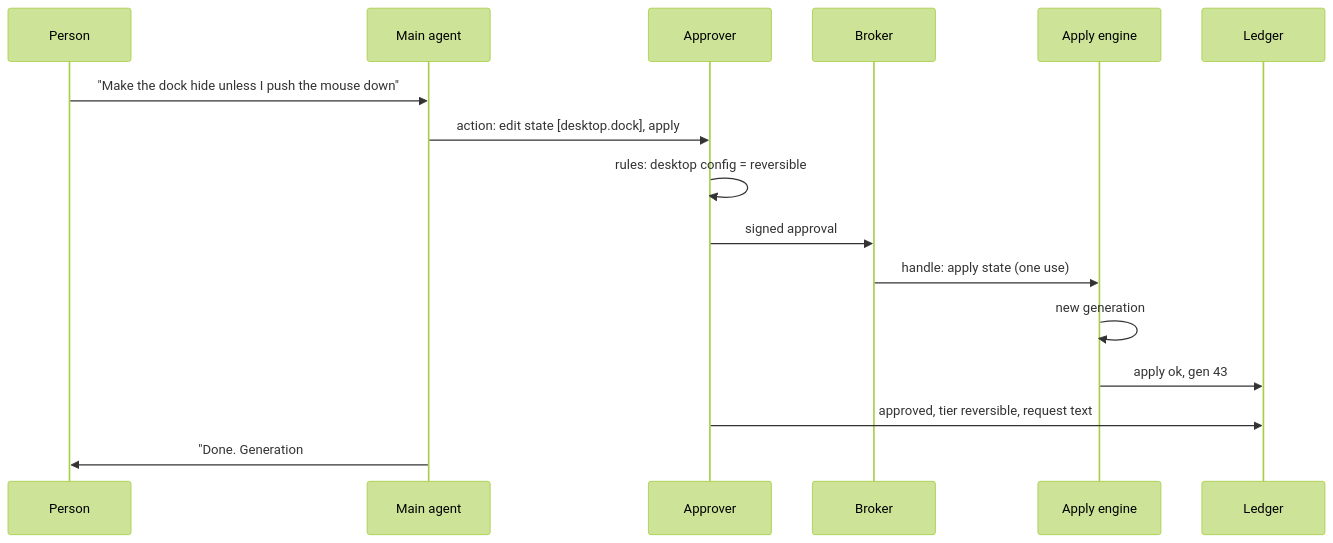
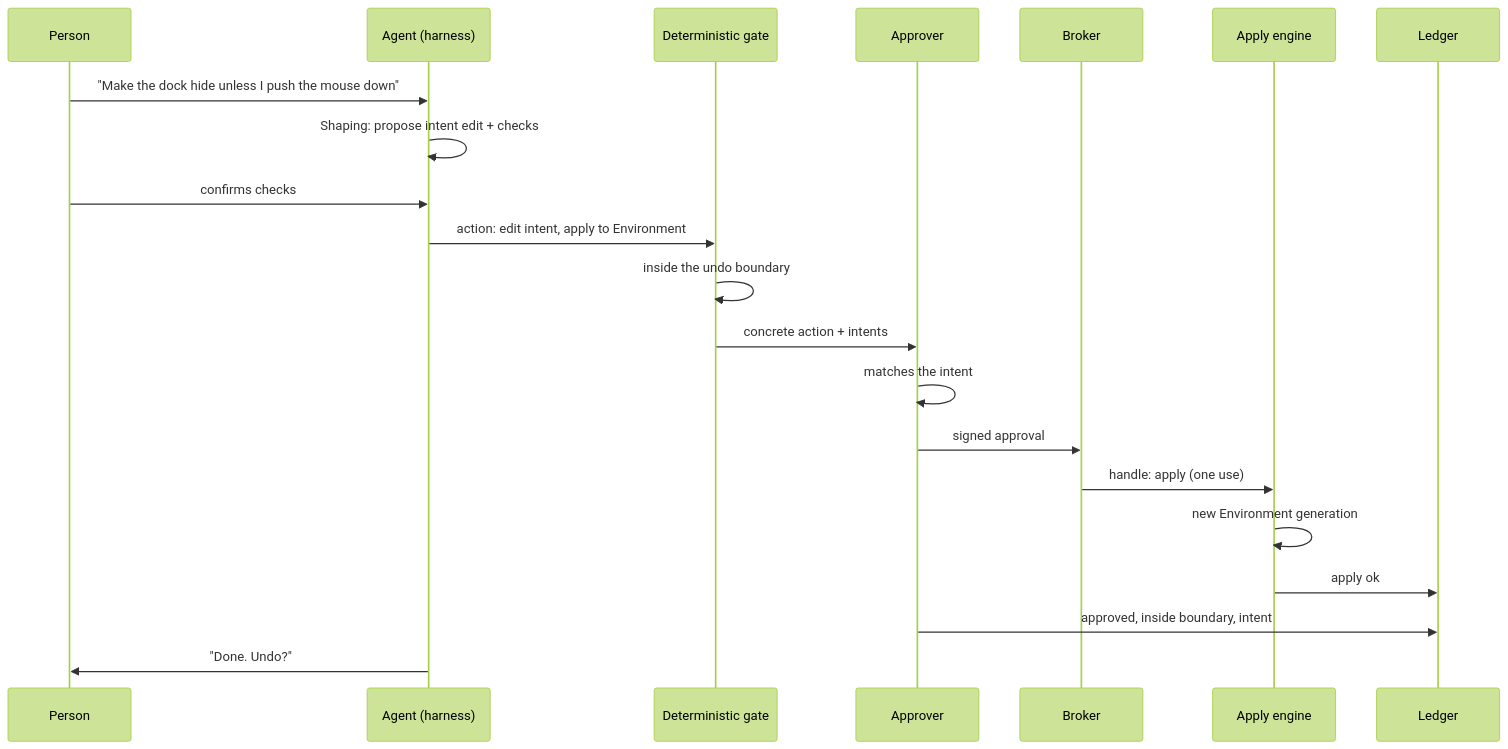
The fourth of 4 diagrams in docs/agent-first/design/approver-and-autonomy.md (crowbaros/crowbaros), drawn with Mermaid (forest theme) before and after one commit. The commit also changed other lines of this file and 14 other files, not shown here.

````diff
--- a/docs/agent-first/design/approver-and-autonomy.md
+++ b/docs/agent-first/design/approver-and-autonomy.md
@@ -122,18 +295,23 @@
 ```mermaid
 sequenceDiagram
     participant P as Person
-    participant M as Main agent
+    participant H as Agent (harness)
+    participant G as Deterministic gate
     participant A as Approver
     participant B as Broker
     participant E as Apply engine
     participant L as Ledger
-    P->>M: "Make the dock hide unless I push the mouse down"
-    M->>A: action: edit state [desktop.dock], apply
-    A->>A: rules: desktop config = reversible
+    P->>H: "Make the dock hide unless I push the mouse down"
+    H->>H: Shaping: propose intent edit + checks
+    P->>H: confirms checks
+    H->>G: action: edit intent, apply to Environment
+    G->>G: inside the undo boundary
+    G->>A: concrete action + intents
+    A->>A: matches the intent
     A->>B: signed approval
-    B->>E: handle: apply state (one use)
-    E->>E: new generation #43
-    E->>L: apply ok, gen 43
-    A->>L: approved, tier reversible, request text
-    M->>P: "Done. Generation #43. Undo?"
+    B->>E: handle: apply (one use)
+    E->>E: new Environment generation
+    E->>L: apply ok
+    A->>L: approved, inside boundary, intent
+    H->>P: "Done. Undo?"
 ```
````
